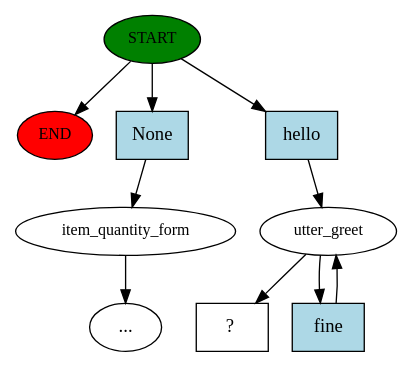
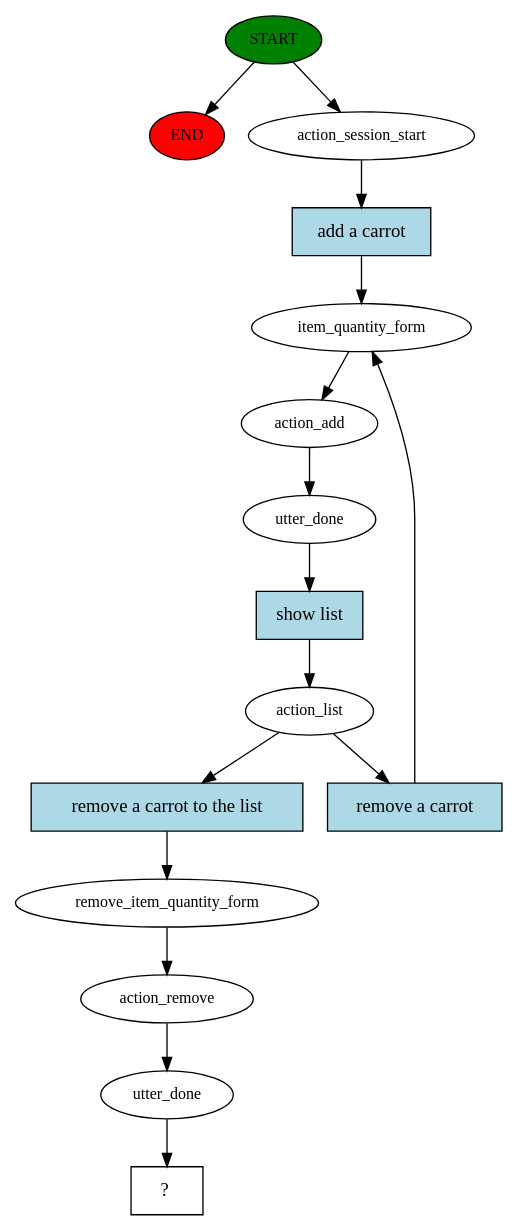
Before and after one commit to wwertyexp/CrMidTerm: the diagram in story_graph.dot, drawn with Graphviz. The commit also changed 4 other files, not shown here.

```diff
--- a/story_graph.dot
+++ b/story_graph.dot
@@ -1,20 +1,32 @@
 digraph  {
 0 [class="start active", fillcolor=green, fontsize=12, label=START, style=filled];
 "-1" [class=end, fillcolor=red, fontsize=12, label=END, style=filled];
-1 [class="", fontsize=12, label=item_quantity_form];
-"-3" [class=ellipsis, label="..."];
-2 [class=active, fontsize=12, label=utter_greet];
-4 [class="intent dashed active", label="  ?  ", shape=rect];
-5 [class=intent, fillcolor=lightblue, label=None, shape=rect, style=filled];
-6 [class="intent active", fillcolor=lightblue, label=hello, shape=rect, style=filled];
-7 [class="intent active", fillcolor=lightblue, label=fine, shape=rect, style=filled];
+1 [class=active, fontsize=12, label=action_session_start];
+2 [class=active, fontsize=12, label=item_quantity_form];
+3 [class=active, fontsize=12, label=action_add];
+4 [class=active, fontsize=12, label=utter_done];
+5 [class=active, fontsize=12, label=action_list];
+14 [class=active, fontsize=12, label=remove_item_quantity_form];
+15 [class=active, fontsize=12, label=action_remove];
+16 [class=active, fontsize=12, label=utter_done];
+17 [class="intent dashed active", label="  ?  ", shape=rect];
+18 [class="intent active", fillcolor=lightblue, label="add a carrot", shape=rect, style=filled];
+19 [class="intent active", fillcolor=lightblue, label="show list", shape=rect, style=filled];
+20 [class="intent active", fillcolor=lightblue, label="remove a carrot", shape=rect, style=filled];
+21 [class="intent active", fillcolor=lightblue, label="remove a carrot to the list", shape=rect, style=filled];
 0 -> "-1"  [class="", key=NONE, label=""];
-0 -> 5  [class="", key=0];
-0 -> 6  [class=active, key=0];
-1 -> "-3"  [class="", key=NONE, label=""];
-2 -> 4  [class=active, key=NONE, label=""];
-2 -> 7  [class=active, key=0];
-5 -> 1  [class="", key=0];
-6 -> 2  [class=active, key=0];
-7 -> 2  [class=active, key=0];
+0 -> 1  [class=active, key=NONE, label=""];
+1 -> 18  [class=active, key=0];
+2 -> 3  [class=active, key=NONE, label=""];
+3 -> 4  [class=active, key=NONE, label=""];
+4 -> 19  [class=active, key=0];
+5 -> 20  [class=active, key=0];
+5 -> 21  [class=active, key=0];
+14 -> 15  [class=active, key=NONE, label=""];
+15 -> 16  [class=active, key=NONE, label=""];
+16 -> 17  [class=active, key=NONE, label=""];
+18 -> 2  [class=active, key=0];
+19 -> 5  [class=active, key=0];
+20 -> 2  [class=active, key=0];
+21 -> 14  [class=active, key=0];
 }
```
